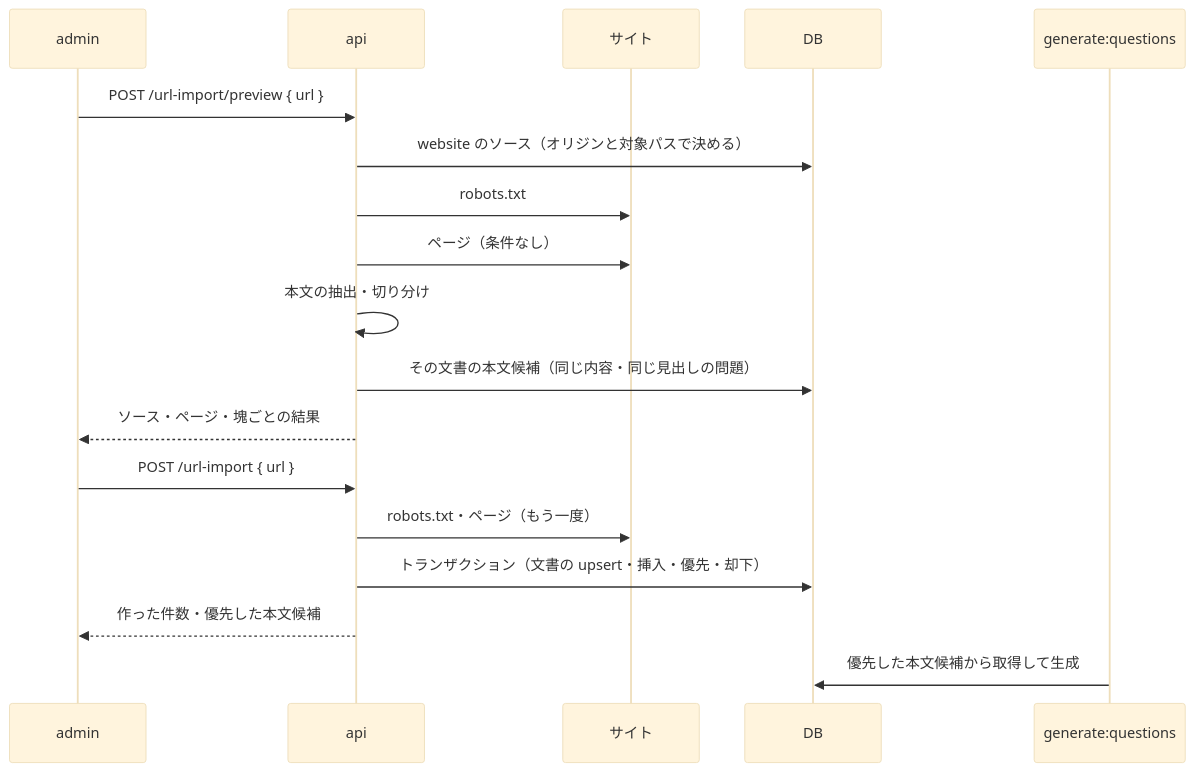
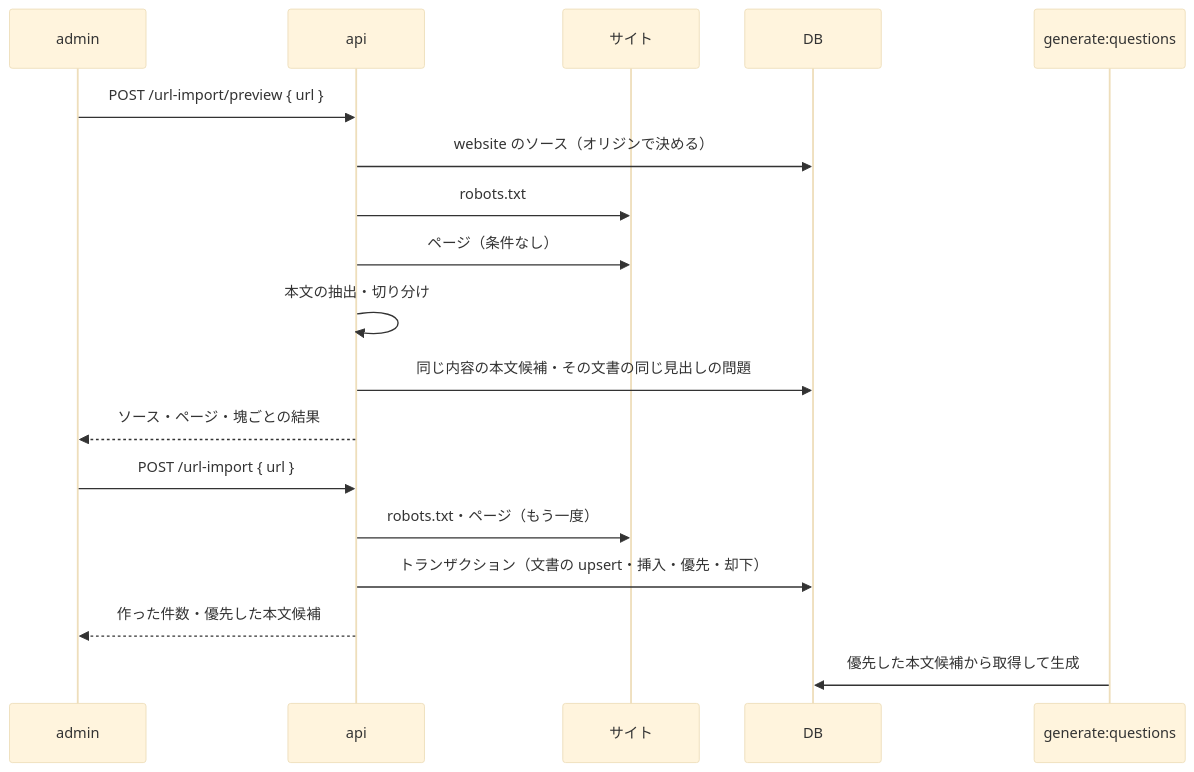
One commit to kentakki416/tech-english changed the second of 2 diagrams in docs/spec/url-import/README.md. Above: the diagram before and after it, drawn with Mermaid (base theme). The commit also changed other lines of this file and 4 other files, not shown here.

````diff
--- a/docs/spec/url-import/README.md
+++ b/docs/spec/url-import/README.md
@@ -224,21 +230,21 @@
 ```mermaid
 sequenceDiagram
     participant Admin as admin
     participant Api as api
     participant Site as サイト
     participant DB as DB
     participant Cron as generate:questions
 
     Admin->>Api: POST /url-import/preview { url }
-    Api->>DB: website のソース（オリジンと対象パスで決める）
+    Api->>DB: website のソース（オリジンで決める）
     Api->>Site: robots.txt
     Api->>Site: ページ（条件なし）
     Api->>Api: 本文の抽出・切り分け
-    Api->>DB: その文書の本文候補（同じ内容・同じ見出しの問題）
+    Api->>DB: 同じ内容の本文候補・その文書の同じ見出しの問題
     Api-->>Admin: ソース・ページ・塊ごとの結果
     Admin->>Api: POST /url-import { url }
     Api->>Site: robots.txt・ページ（もう一度）
     Api->>DB: トランザクション（文書の upsert・挿入・優先・却下）
     Api-->>Admin: 作った件数・優先した本文候補
     Cron->>DB: 優先した本文候補から取得して生成
 ```
````
